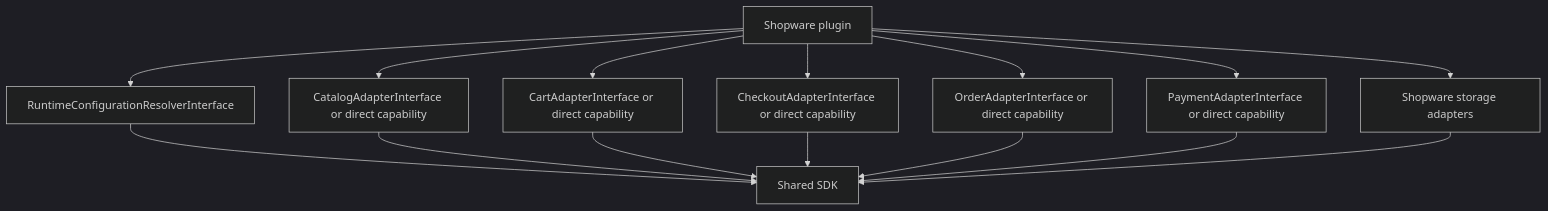
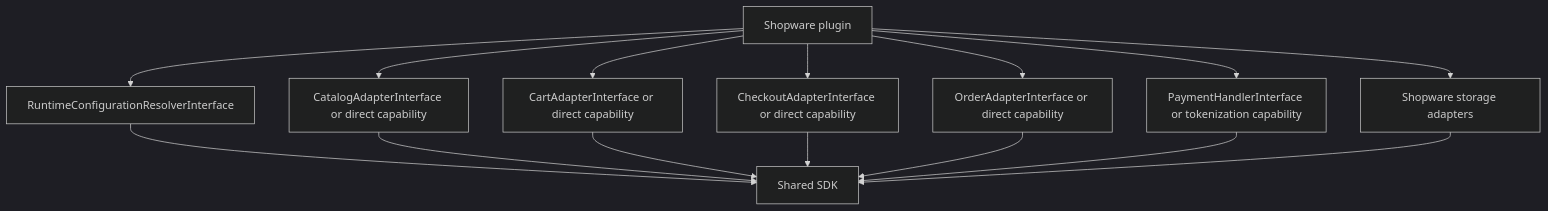
One commit to agentic-commerce-alliance/ucp-php-sdk changed the diagram in docs/shopware-plugin-blueprint.md. Above: the diagram before and after it, drawn with Mermaid (dark theme). The commit also changed other lines of this file and 12 other files, not shown here.

````diff
--- a/docs/shopware-plugin-blueprint.md
+++ b/docs/shopware-plugin-blueprint.md
@@ -34,17 +36,17 @@
 ```mermaid
 flowchart TD
     A["Shopware plugin"] --> B["RuntimeConfigurationResolverInterface"]
     A --> C["CatalogAdapterInterface or direct capability"]
     A --> D["CartAdapterInterface or direct capability"]
     A --> E["CheckoutAdapterInterface or direct capability"]
     A --> F["OrderAdapterInterface or direct capability"]
-    A --> G["PaymentAdapterInterface or direct capability"]
+    A --> G["PaymentHandlerInterface or tokenization capability"]
     A --> H["Shopware storage adapters"]
     B --> I["Shared SDK"]
     C --> I
     D --> I
     E --> I
     F --> I
     G --> I
     H --> I
 ```
````
